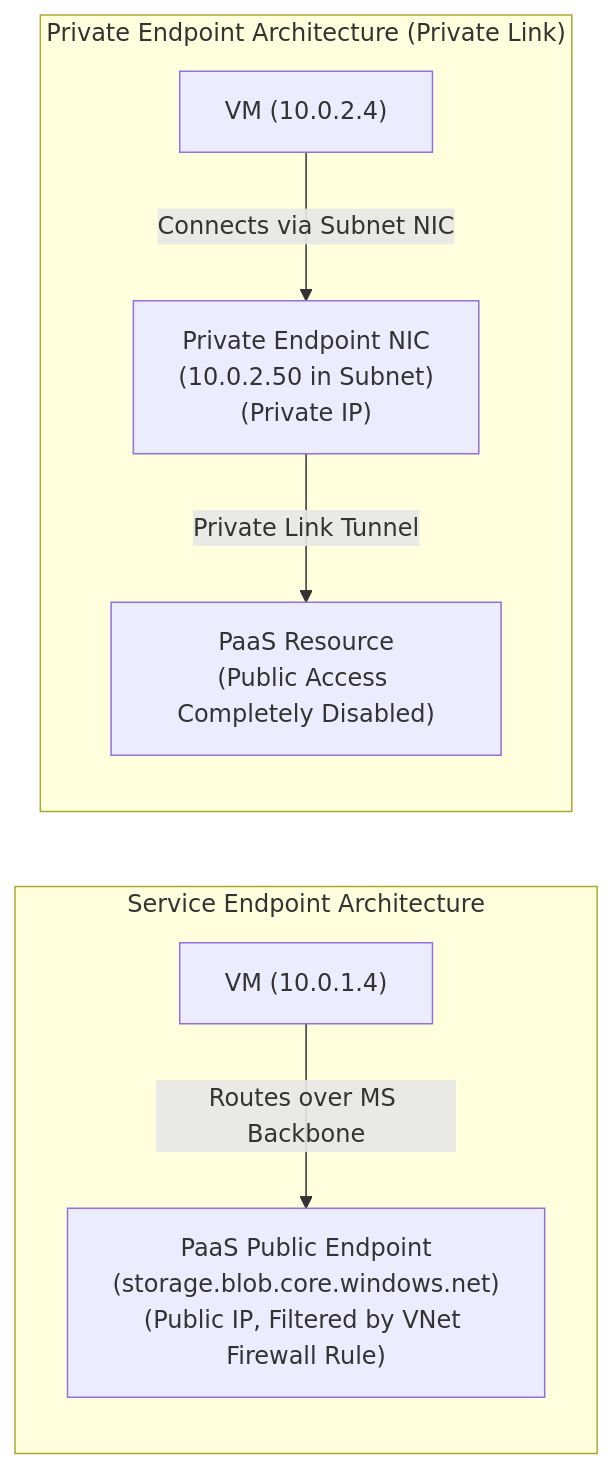
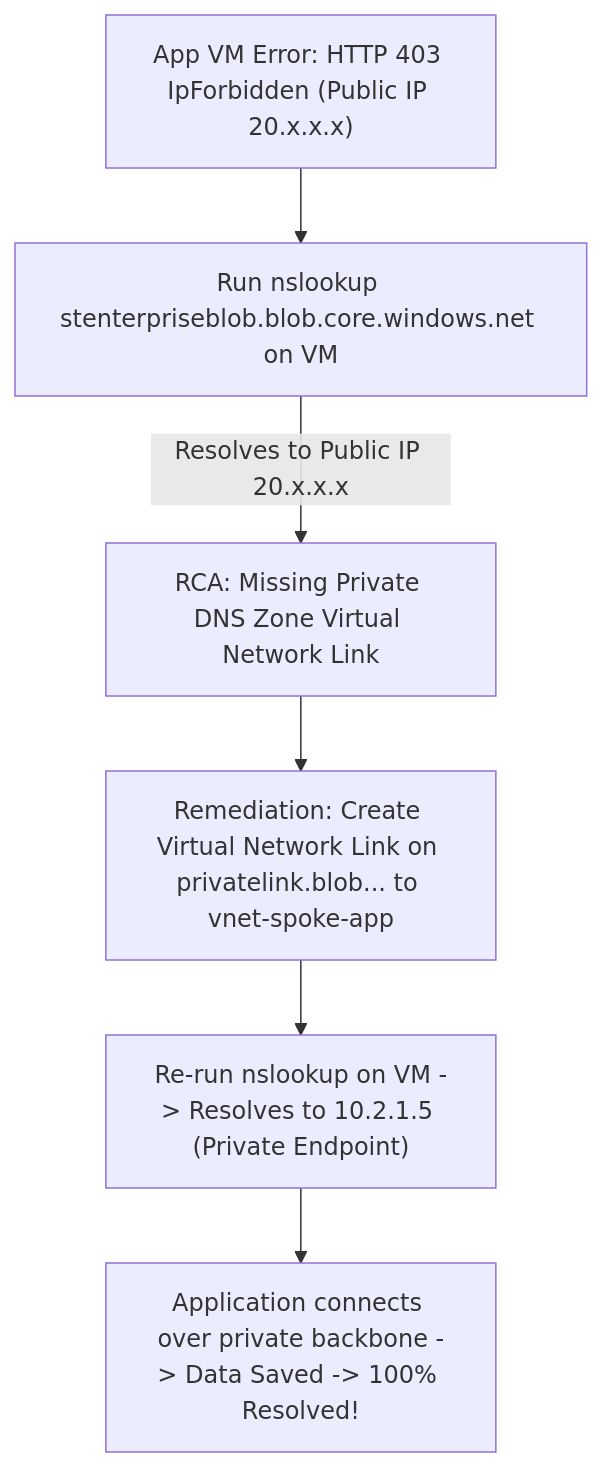
Before and after one commit to kmashour/BrainDump: the second of 2 diagrams in Reference Notes/13-104-06_administer_intersite_connectivity.md, drawn with Mermaid. The commit also changed other lines of this file and 13 other files, not shown here.

Commit message:
feat(az-104): re-architect complete 12-module curriculum into progressive masterclass lecture series with lab bridges

````diff
--- a/Reference Notes/13-104-06_administer_intersite_connectivity.md
+++ b/Reference Notes/13-104-06_administer_intersite_connectivity.md
@@ -147,11 +436,10 @@
 ```mermaid
-flowchart LR
-    subgraph ServiceEndpointModel ["Service Endpoint Architecture"]
-        VM1["VM (10.0.1.4)"] -->|Routes over MS Backbone| PubPaaS["PaaS Public Endpoint\n(storage.blob.core.windows.net)\n(Public IP, Filtered by VNet Firewall Rule)"]
-    end
-
-    subgraph PrivateEndpointModel ["Private Endpoint Architecture (Private Link)"]
-        VM2["VM (10.0.2.4)"] -->|Connects via Subnet NIC| PrivNIC["Private Endpoint NIC\n(10.0.2.50 in Subnet)\n(Private IP)"]
-        PrivNIC -->|Private Link Tunnel| IsolatedPaaS["PaaS Resource\n(Public Access Completely Disabled)"]
-    end
+flowchart TD
+    AppError["App VM Error: HTTP 403 IpForbidden (Public IP 20.x.x.x)"] --> Step1["Run nslookup stenterpriseblob.blob.core.windows.net on VM"]
+    Step1 -->|Resolves to Public IP 20.x.x.x| RCA["RCA: Missing Private DNS Zone Virtual Network Link"]
+    
+    RCA --> Fix["Remediation: Create Virtual Network Link on privatelink.blob... to vnet-spoke-app"]
+    
+    Fix --> Retest["Re-run nslookup on VM -> Resolves to 10.2.1.5 (Private Endpoint)"]
+    Retest --> Success["Application connects over private backbone -> Data Saved -> 100% Resolved!"]
 ```
````
